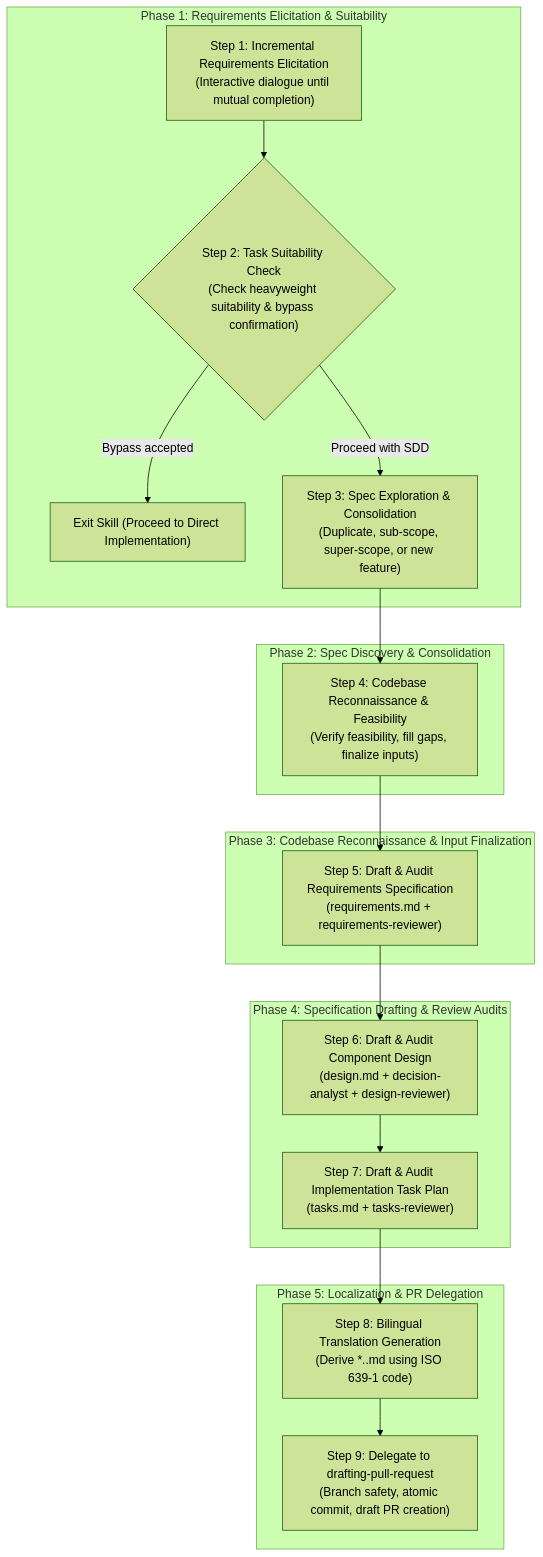
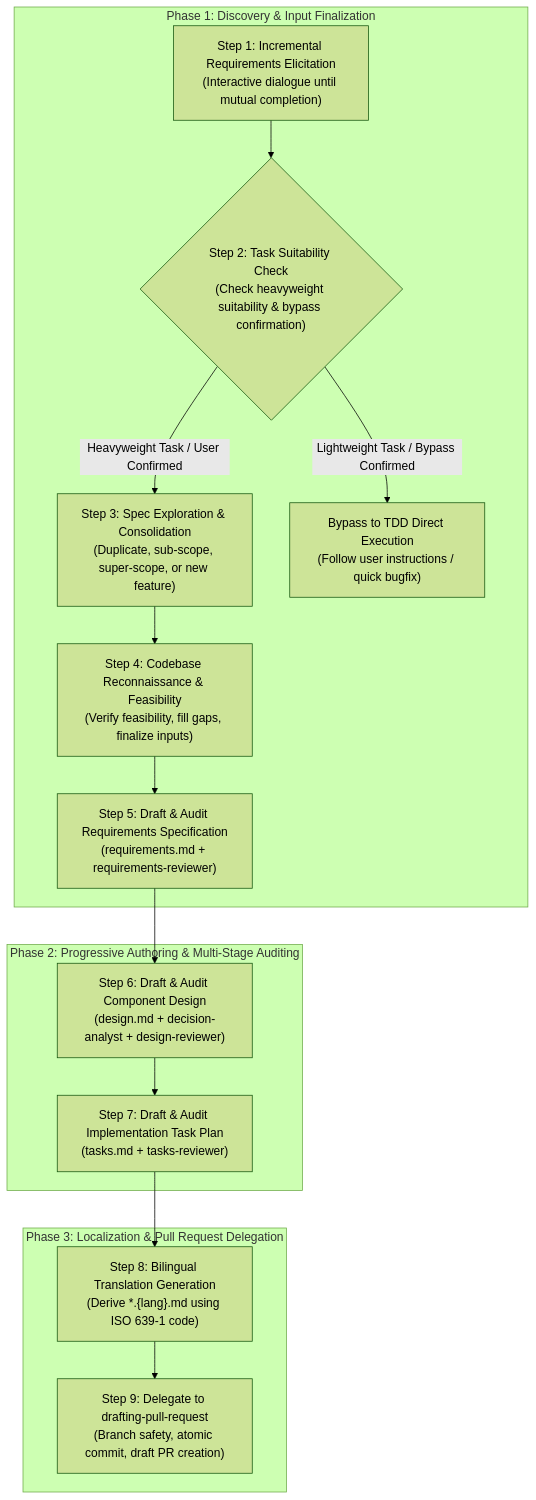
One commit to green-tea-stalk/swe-agent-skills changed the diagram in plugins/swe-workflow/skills/planning-and-designing/SKILL.md. Above: the diagram before and after it, drawn with Mermaid (forest theme). The commit also changed other lines of this file and 30 other files, not shown here.

````diff
--- a/plugins/swe-workflow/skills/planning-and-designing/SKILL.md
+++ b/plugins/swe-workflow/skills/planning-and-designing/SKILL.md
@@ -23,26 +23,20 @@
 ```mermaid
 flowchart TD
-    subgraph P1["Phase 1: Requirements Elicitation & Suitability"]
+    subgraph Phase1["Phase 1: Discovery & Input Finalization"]
         S1["Step 1: Incremental Requirements Elicitation<br>(Interactive dialogue until mutual completion)"] --> S2{"Step 2: Task Suitability Check<br>(Check heavyweight suitability & bypass confirmation)"}
-        S2 -- "Bypass accepted" --> EXIT["Exit Skill (Proceed to Direct Implementation)"]
-        S2 -- "Proceed with SDD" --> S3
-    end
-
-    subgraph P2["Phase 2: Spec Discovery & Consolidation"]
+        S2 -- "Heavyweight Task / User Confirmed" --> S3
+        S2 -- "Lightweight Task / Bypass Confirmed" --> Bypass["Bypass to TDD Direct Execution<br>(Follow user instructions / quick bugfix)"]
         S3["Step 3: Spec Exploration & Consolidation<br>(Duplicate, sub-scope, super-scope, or new feature)"] --> S4
-    end
-
-    subgraph P3["Phase 3: Codebase Reconnaissance & Input Finalization"]
         S4["Step 4: Codebase Reconnaissance & Feasibility<br>(Verify feasibility, fill gaps, finalize inputs)"] --> S5
     end
 
-    subgraph P4["Phase 4: Specification Drafting & Review Audits"]
+    subgraph Phase2["Phase 2: Progressive Authoring & Multi-Stage Auditing"]
         S5["Step 5: Draft & Audit Requirements Specification<br>(requirements.md + requirements-reviewer)"] --> S6["Step 6: Draft & Audit Component Design<br>(design.md + decision-analyst + design-reviewer)"]
         S6 --> S7["Step 7: Draft & Audit Implementation Task Plan<br>(tasks.md + tasks-reviewer)"]
     end
 
-    subgraph P5["Phase 5: Localization & PR Delegation"]
-        S7 --> S8["Step 8: Bilingual Translation Generation<br>(Derive *.<lang>.md using ISO 639-1 code)"]
+    subgraph Phase3["Phase 3: Localization & Pull Request Delegation"]
+        S7 --> S8["Step 8: Bilingual Translation Generation<br>(Derive *.{lang}.md using ISO 639-1 code)"]
         S8 --> S9["Step 9: Delegate to drafting-pull-request<br>(Branch safety, atomic commit, draft PR creation)"]
     end
 ```
````
